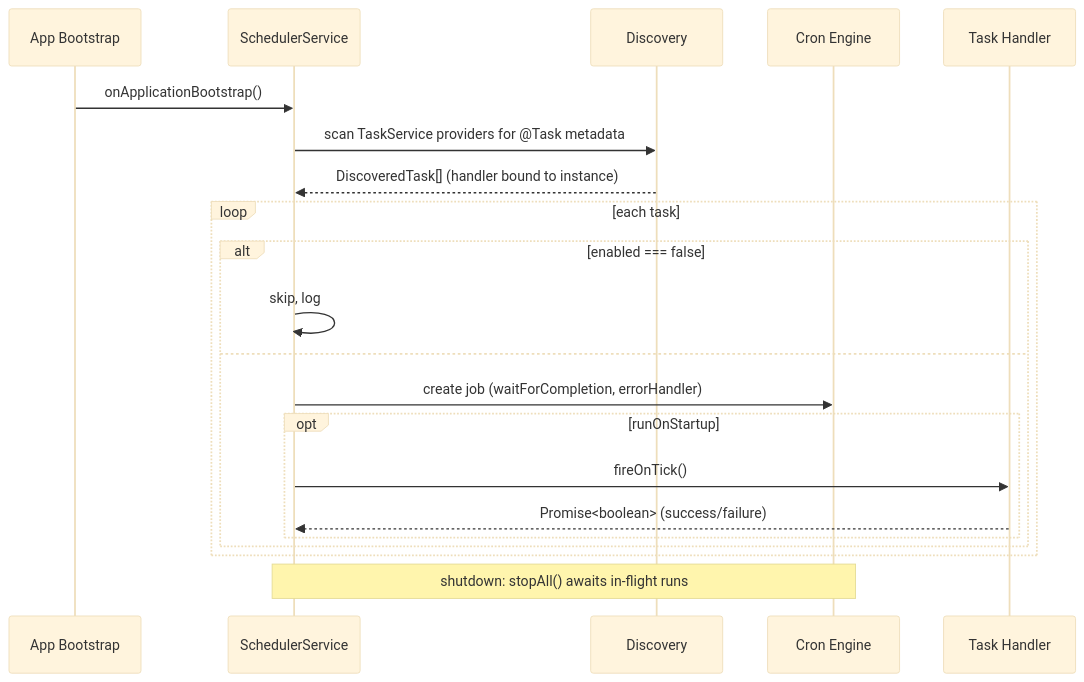
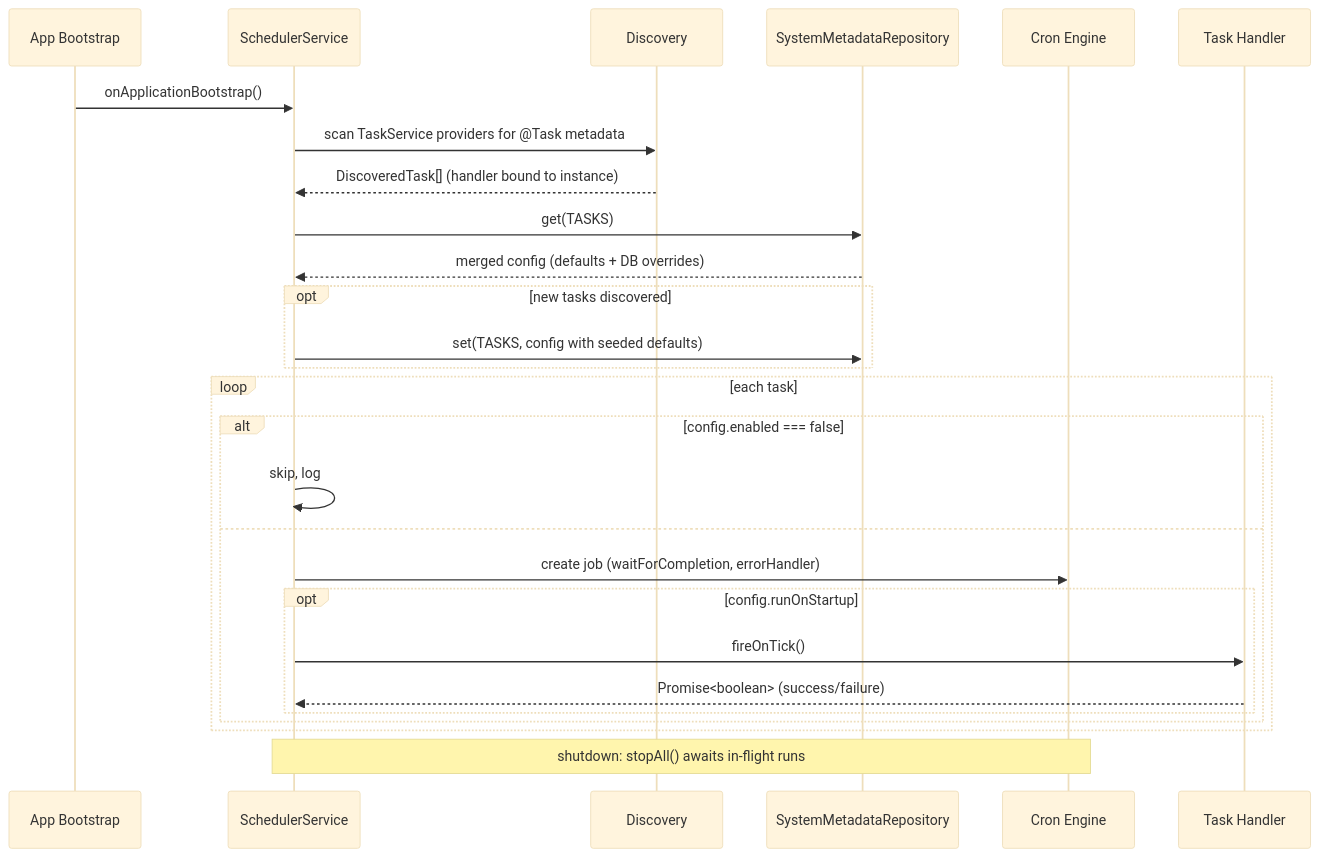
One commit to samAljailani/HomeGate changed the second of 4 diagrams in server/docs/scheduler.md. Above: the diagram before and after it, drawn with Mermaid (base theme). The commit also changed other lines of this file and 8 other files, not shown here.

````diff
--- a/server/docs/scheduler.md
+++ b/server/docs/scheduler.md
@@ -31,24 +53,30 @@
 ```mermaid
 sequenceDiagram
     participant App as App Bootstrap
     participant S as SchedulerService
     participant D as Discovery
+    participant SM as SystemMetadataRepository
     participant C as Cron Engine
     participant T as Task Handler
 
     App->>S: onApplicationBootstrap()
     S->>D: scan TaskService providers for @Task metadata
     D-->>S: DiscoveredTask[] (handler bound to instance)
+    S->>SM: get(TASKS)
+    SM-->>S: merged config (defaults + DB overrides)
+    opt new tasks discovered
+        S->>SM: set(TASKS, config with seeded defaults)
+    end
     loop each task
-        alt enabled === false
+        alt config.enabled === false
             S->>S: skip, log
         else
             S->>C: create job (waitForCompletion, errorHandler)
-            opt runOnStartup
+            opt config.runOnStartup
                 S->>T: fireOnTick()
                 T-->>S: Promise<boolean> (success/failure)
             end
         end
     end
     Note over S,C: shutdown: stopAll() awaits in-flight runs
 ```
````
